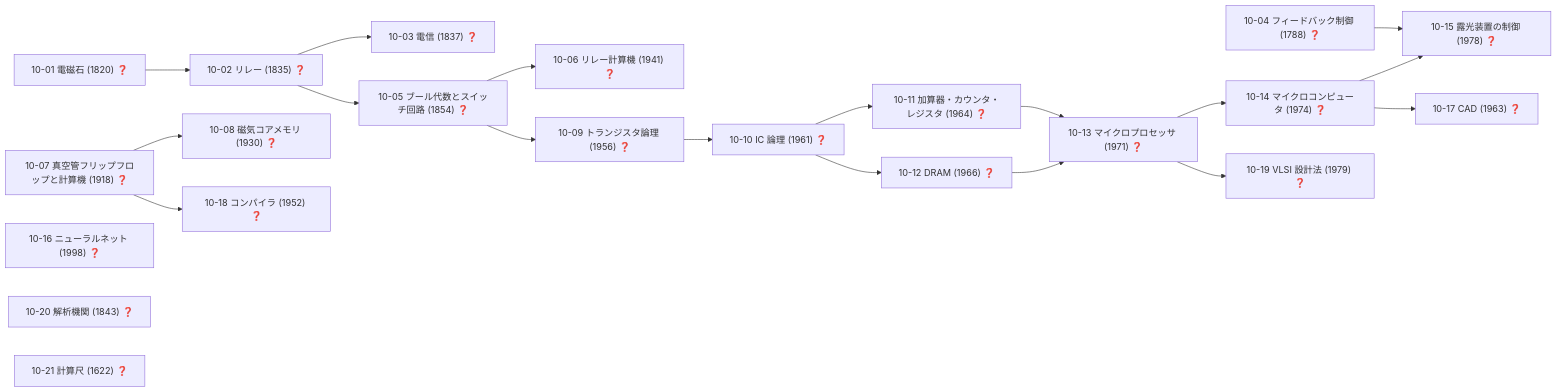
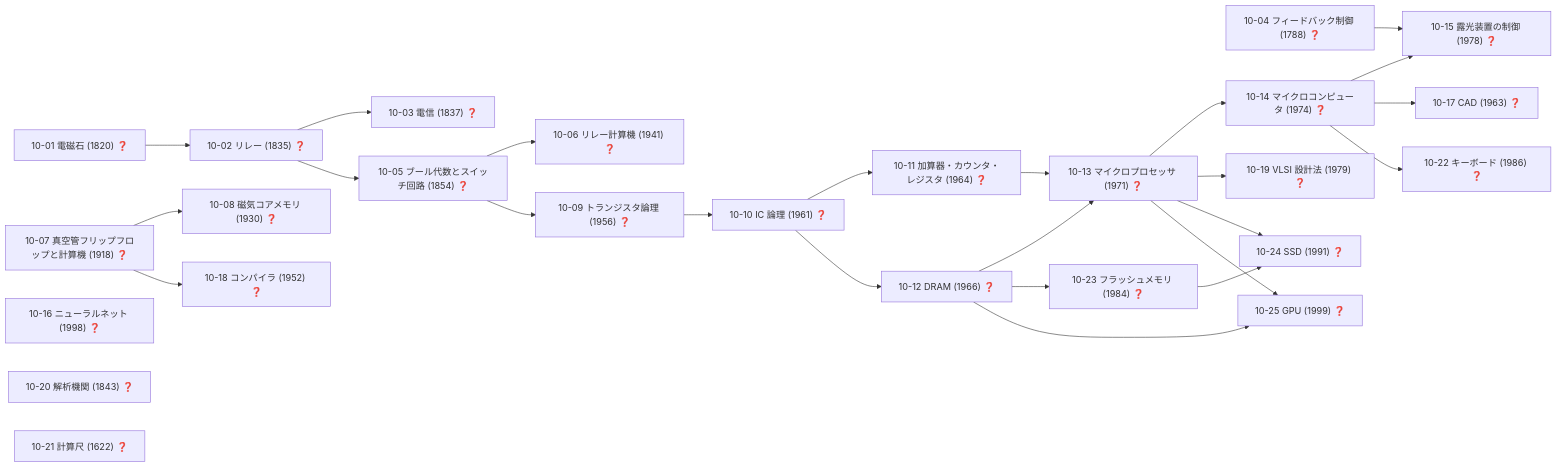
One commit to taku3i0317-collab/semiconductor-lab changed diagram 13 of 19 in docs/TECH_TREE_VIEW.md. Above: the diagram before and after it, drawn with Mermaid. The commit also changed other lines of this file and 12 other files, not shown here.

Commit message:
S-002: PC teardown - [P-06] your PC = 9 part products (monitor, mouse, keyboard, cooling, PSU, CPU, GPU, memory, SSD) linked by new edge kind "part"; "materials" field shown in node.html; new nodes B-18..B-22, 3-21, 4-18, 4-19, 8-26, 10-22..10-25, 15-16, 15-17, idea I-12; proposals Y-4

````diff
--- a/docs/TECH_TREE_VIEW.md
+++ b/docs/TECH_TREE_VIEW.md
@@ -672,41 +683,51 @@
 ```mermaid
 graph LR
   n10_01["10-01 電磁石 (1820) ❓"]
   n10_02["10-02 リレー (1835) ❓"]
   n10_03["10-03 電信 (1837) ❓"]
   n10_04["10-04 フィードバック制御 (1788) ❓"]
   n10_05["10-05 ブール代数とスイッチ回路 (1854) ❓"]
   n10_06["10-06 リレー計算機 (1941) ❓"]
   n10_07["10-07 真空管フリップフロップと計算機 (1918) ❓"]
   n10_08["10-08 磁気コアメモリ (1930) ❓"]
   n10_09["10-09 トランジスタ論理 (1956) ❓"]
   n10_10["10-10 IC 論理 (1961) ❓"]
   n10_11["10-11 加算器・カウンタ・レジスタ (1964) ❓"]
   n10_12["10-12 DRAM (1966) ❓"]
   n10_13["10-13 マイクロプロセッサ (1971) ❓"]
   n10_14["10-14 マイクロコンピュータ (1974) ❓"]
   n10_15["10-15 露光装置の制御 (1978) ❓"]
   n10_16["10-16 ニューラルネット (1998) ❓"]
   n10_17["10-17 CAD (1963) ❓"]
   n10_18["10-18 コンパイラ (1952) ❓"]
   n10_19["10-19 VLSI 設計法 (1979) ❓"]
   n10_20["10-20 解析機関 (1843) ❓"]
   n10_21["10-21 計算尺 (1622) ❓"]
+  n10_22["10-22 キーボード (1986) ❓"]
+  n10_23["10-23 フラッシュメモリ (1984) ❓"]
+  n10_24["10-24 SSD (1991) ❓"]
+  n10_25["10-25 GPU (1999) ❓"]
   n10_01-->n10_02
   n10_02-->n10_03
   n10_02-->n10_05
   n10_05-->n10_06
   n10_07-->n10_08
   n10_05-->n10_09
   n10_09-->n10_10
   n10_10-->n10_11
   n10_10-->n10_12
   n10_11-->n10_13
   n10_12-->n10_13
   n10_13-->n10_14
   n10_04-->n10_15
   n10_14-->n10_15
   n10_14-->n10_17
   n10_07-->n10_18
   n10_13-->n10_19
+  n10_14-->n10_22
+  n10_12-->n10_23
+  n10_13-->n10_24
+  n10_23-->n10_24
+  n10_12-->n10_25
+  n10_13-->n10_25
 ```
````
